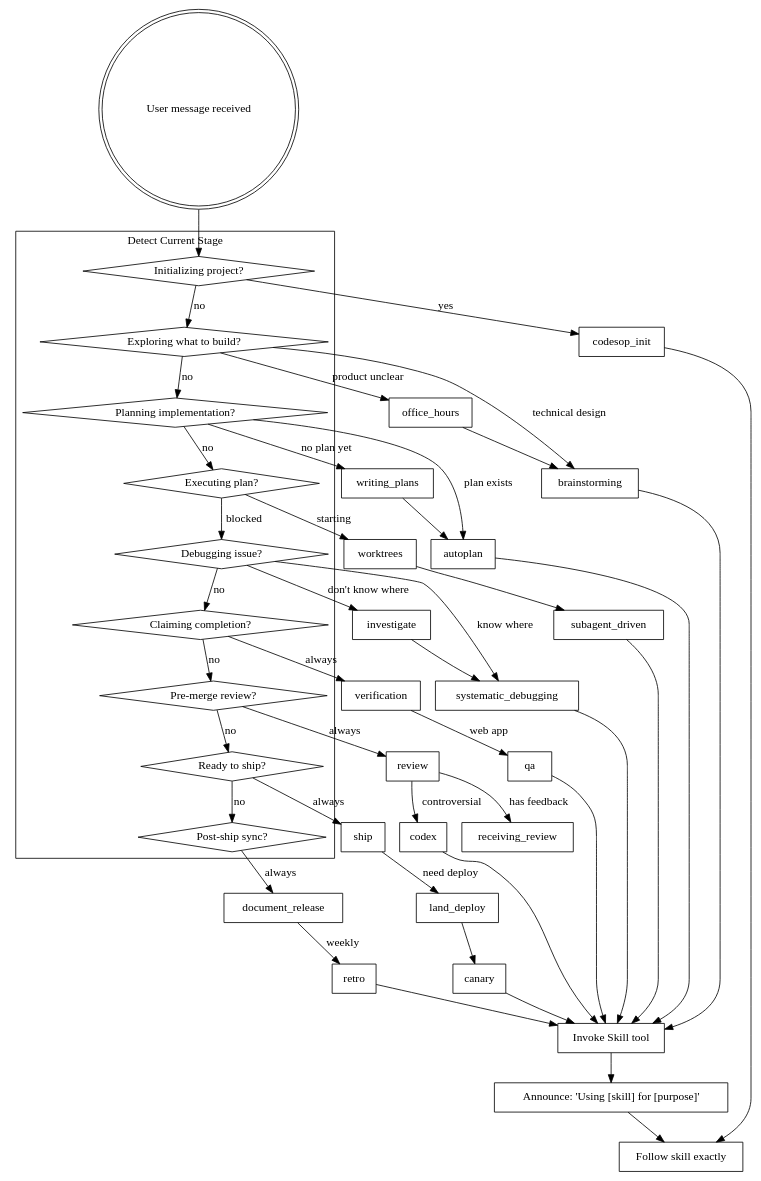
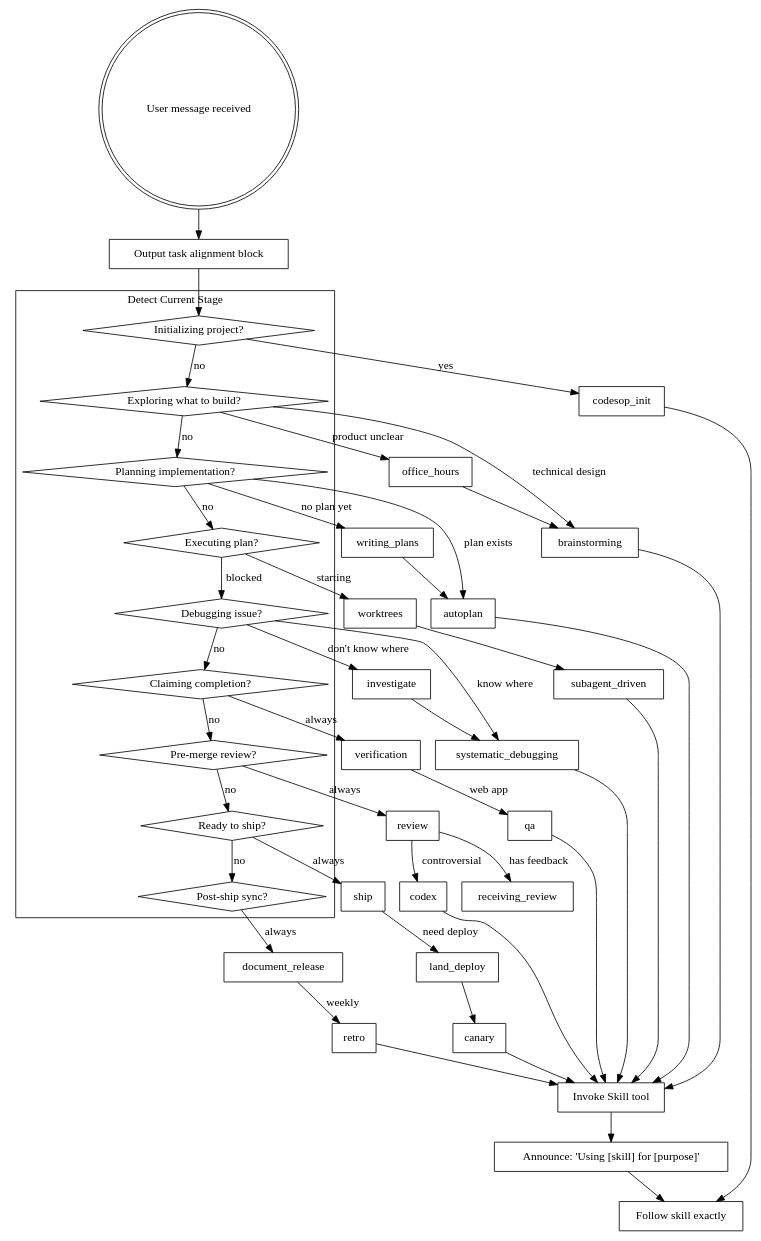
One commit to veniai/codesop changed the diagram in commands/codesop.md. Above: the diagram before and after it, drawn with Graphviz. The commit also changed other lines of this file and 4 other files, not shown here.

````diff
--- a/commands/codesop.md
+++ b/commands/codesop.md
@@ -196,78 +215,80 @@
 ```dot
 digraph codesop_router {
     rankdir=TB;
     node [shape=box];
 
     start [label="User message received" shape=doublecircle];
 
     subgraph cluster_stage {
         label="Detect Current Stage";
 
         is_init [label="Initializing project?" shape=diamond];
         is_explore [label="Exploring what to build?" shape=diamond];
         is_plan [label="Planning implementation?" shape=diamond];
         is_exec [label="Executing plan?" shape=diamond];
         is_debug [label="Debugging issue?" shape=diamond];
         is_verify [label="Claiming completion?" shape=diamond];
         is_review [label="Pre-merge review?" shape=diamond];
         is_ship [label="Ready to ship?" shape=diamond];
         is_cleanup [label="Post-ship sync?" shape=diamond];
     }
 
     invoke [label="Invoke Skill tool"];
     announce [label="Announce: 'Using [skill] for [purpose]'"];
     follow [label="Follow skill exactly"];
 
-    start -> is_init;
+    align [label="Output task alignment block" shape=box];
+    start -> align;
+    align -> is_init;
     is_init -> codesop_init [label="yes"];
     codesop_init -> follow;
 
     is_init -> is_explore [label="no"];
     is_explore -> office_hours [label="product unclear"];
     is_explore -> brainstorming [label="technical design"];
     office_hours -> brainstorming;
     brainstorming -> invoke;
 
     is_explore -> is_plan [label="no"];
     is_plan -> writing_plans [label="no plan yet"];
     is_plan -> autoplan [label="plan exists"];
     writing_plans -> autoplan;
     autoplan -> invoke;
 
     is_plan -> is_exec [label="no"];
     is_exec -> worktrees [label="starting"];
     worktrees -> subagent_driven;
     subagent_driven -> invoke;
 
     is_exec -> is_debug [label="blocked"];
     is_debug -> investigate [label="don't know where"];
     is_debug -> systematic_debugging [label="know where"];
     investigate -> systematic_debugging;
     systematic_debugging -> invoke;
 
     is_debug -> is_verify [label="no"];
     is_verify -> verification [label="always"];
     verification -> qa [label="web app"];
     qa -> invoke;
 
     is_verify -> is_review [label="no"];
     is_review -> review [label="always"];
     review -> codex [label="controversial"];
     review -> receiving_review [label="has feedback"];
     codex -> invoke;
 
     is_review -> is_ship [label="no"];
     is_ship -> ship [label="always"];
     ship -> land_deploy [label="need deploy"];
     land_deploy -> canary;
     canary -> invoke;
 
     is_ship -> is_cleanup [label="no"];
     is_cleanup -> document_release [label="always"];
     document_release -> retro [label="weekly"];
     retro -> invoke;
 
     invoke -> announce;
     announce -> follow;
 }
 ```
````
